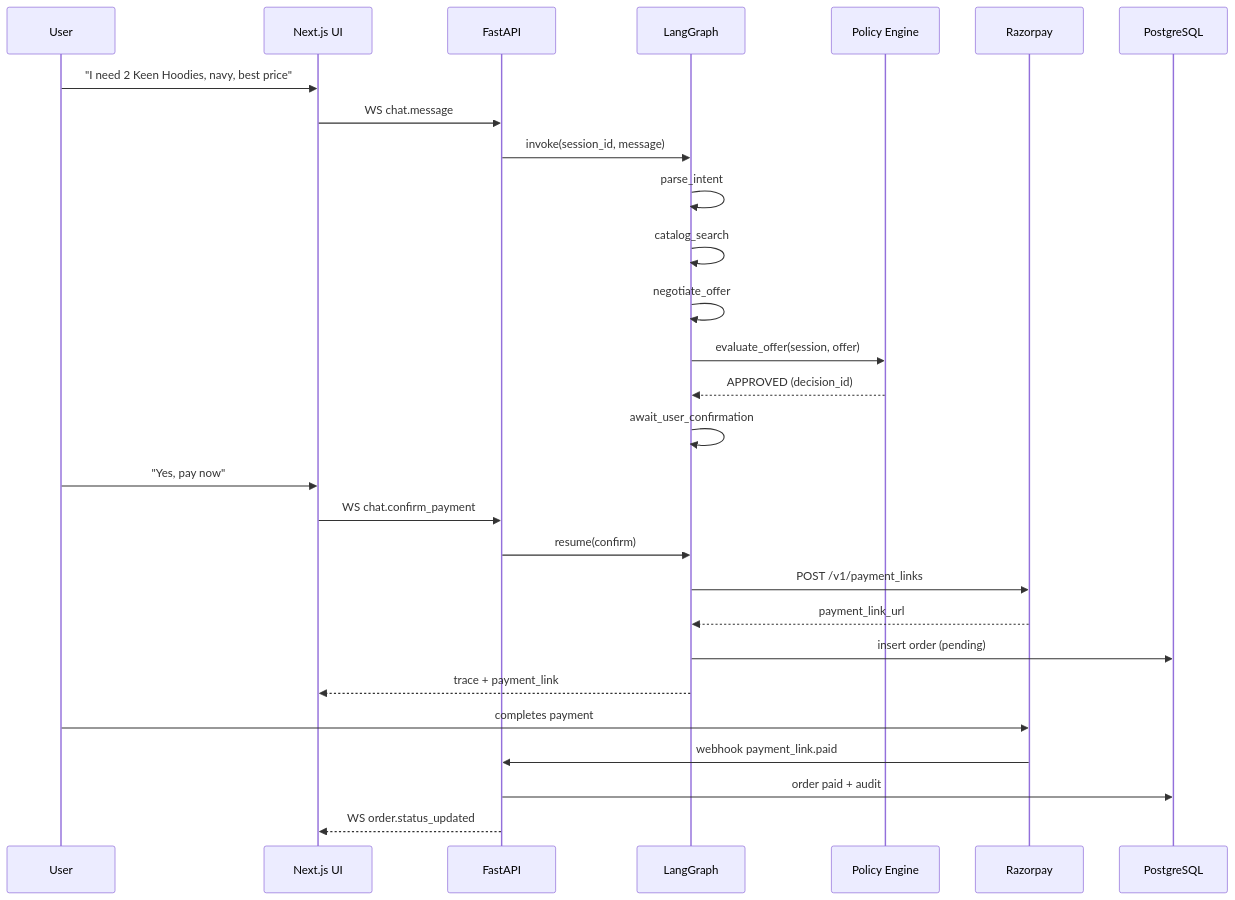
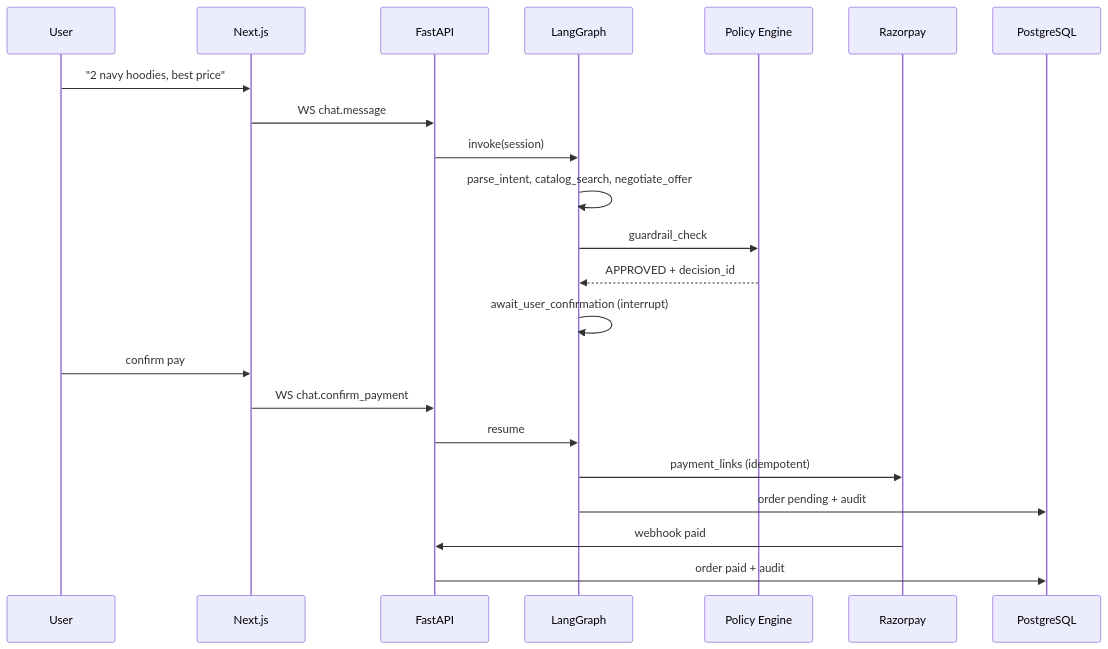
One commit to ambitiouss22/KeenPay changed the diagram in docs/PRD.md. Above: the diagram before and after it, drawn with Mermaid. The commit also changed other lines of this file and 15 other files, not shown here.

````diff
--- a/docs/PRD.md
+++ b/docs/PRD.md
@@ -81,31 +33,25 @@
 ```mermaid
 sequenceDiagram
     participant U as User
-    participant UI as Next.js UI
+    participant UI as Next.js
     participant API as FastAPI
     participant LG as LangGraph
     participant PE as Policy Engine
     participant RZ as Razorpay
     participant PG as PostgreSQL
 
-    U->>UI: "I need 2 Keen Hoodies, navy, best price"
+    U->>UI: "2 navy hoodies, best price"
     UI->>API: WS chat.message
-    API->>LG: invoke(session_id, message)
-    LG->>LG: parse_intent
-    LG->>LG: catalog_search
-    LG->>LG: negotiate_offer
-    LG->>PE: evaluate_offer(session, offer)
-    PE-->>LG: APPROVED (decision_id)
-    LG->>LG: await_user_confirmation
-    U->>UI: "Yes, pay now"
+    API->>LG: invoke(session)
+    LG->>LG: parse_intent, catalog_search, negotiate_offer
+    LG->>PE: guardrail_check
+    PE-->>LG: APPROVED + decision_id
+    LG->>LG: await_user_confirmation (interrupt)
+    U->>UI: confirm pay
     UI->>API: WS chat.confirm_payment
-    API->>LG: resume(confirm)
-    LG->>RZ: POST /v1/payment_links
-    RZ-->>LG: payment_link_url
-    LG->>PG: insert order (pending)
-    LG-->>UI: trace + payment_link
-    U->>RZ: completes payment
-    RZ->>API: webhook payment_link.paid
+    API->>LG: resume
+    LG->>RZ: payment_links (idempotent)
+    LG->>PG: order pending + audit
+    RZ->>API: webhook paid
     API->>PG: order paid + audit
-    API-->>UI: WS order.status_updated
 ```
````
